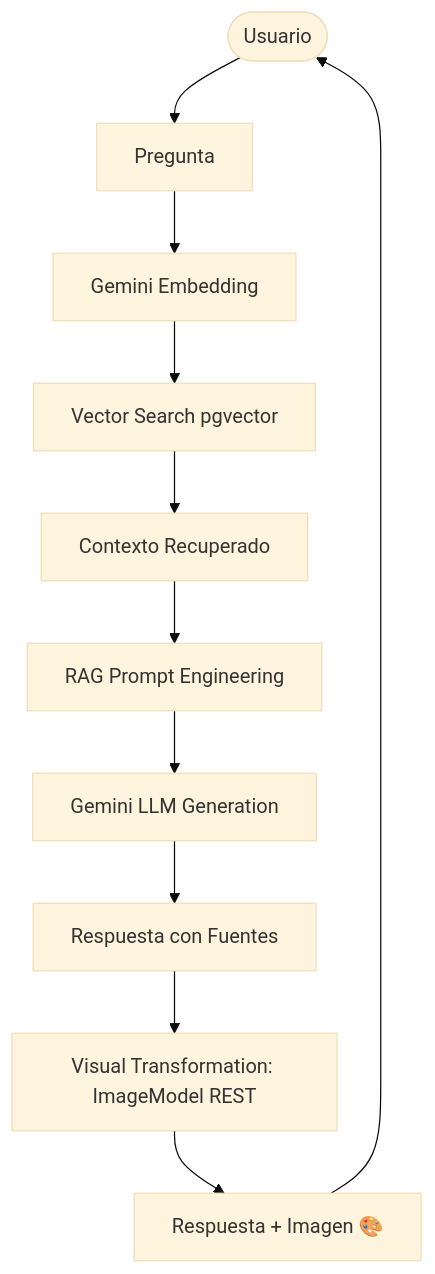
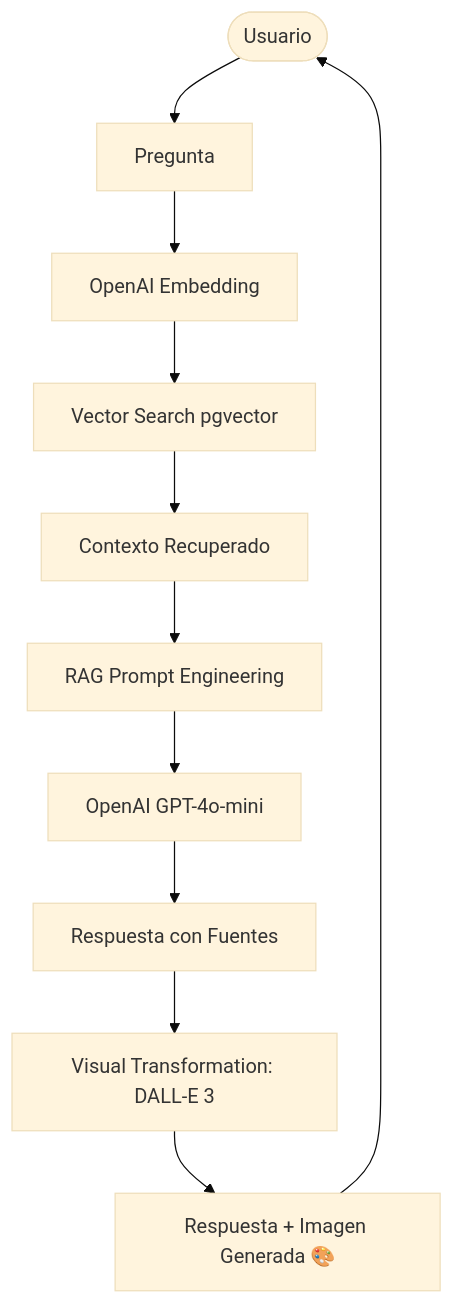
Before and after one commit to JoshRivas313/DocuCanvas: the second of 2 diagrams in README.md, drawn with Mermaid (base theme). The commit also changed other lines of this file, not shown here.

Commit message:
docs: actualizar README con detalles de Docker y pipeline OpenAI

````diff
--- a/README.md
+++ b/README.md
@@ -158,13 +167,13 @@
 ```mermaid
 graph TD
     User([Usuario]) --> Q[Pregunta]
-    Q --> Emb[Gemini Embedding]
+    Q --> Emb[OpenAI Embedding]
     Emb --> Search[Vector Search pgvector]
     Search --> Context[Contexto Recuperado]
     Context --> Prompt[RAG Prompt Engineering]
-    Prompt --> Gemini[Gemini LLM Generation]
-    Gemini --> Answer[Respuesta con Fuentes]
-    Answer --> Visual[Visual Transformation: ImageModel REST]
-    Visual --> Output[Respuesta + Imagen 🎨]
+    Prompt --> Gen[OpenAI GPT-4o-mini]
+    Gen --> Answer[Respuesta con Fuentes]
+    Answer --> Visual[Visual Transformation: DALL-E 3]
+    Visual --> Output[Respuesta + Imagen Generada 🎨]
     Output --> User
 ```
````
